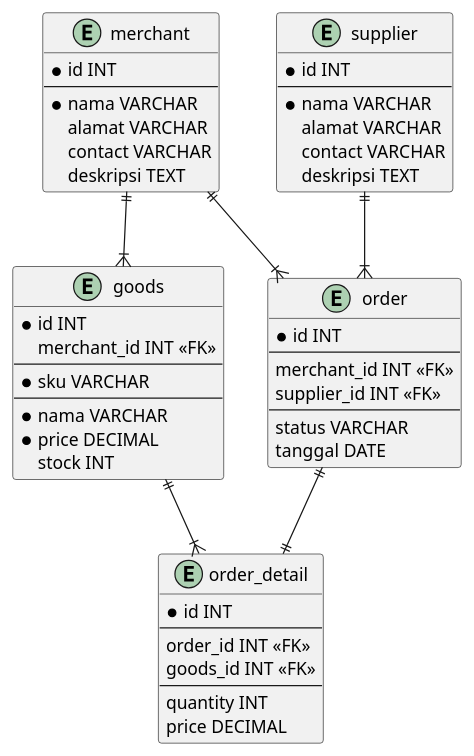
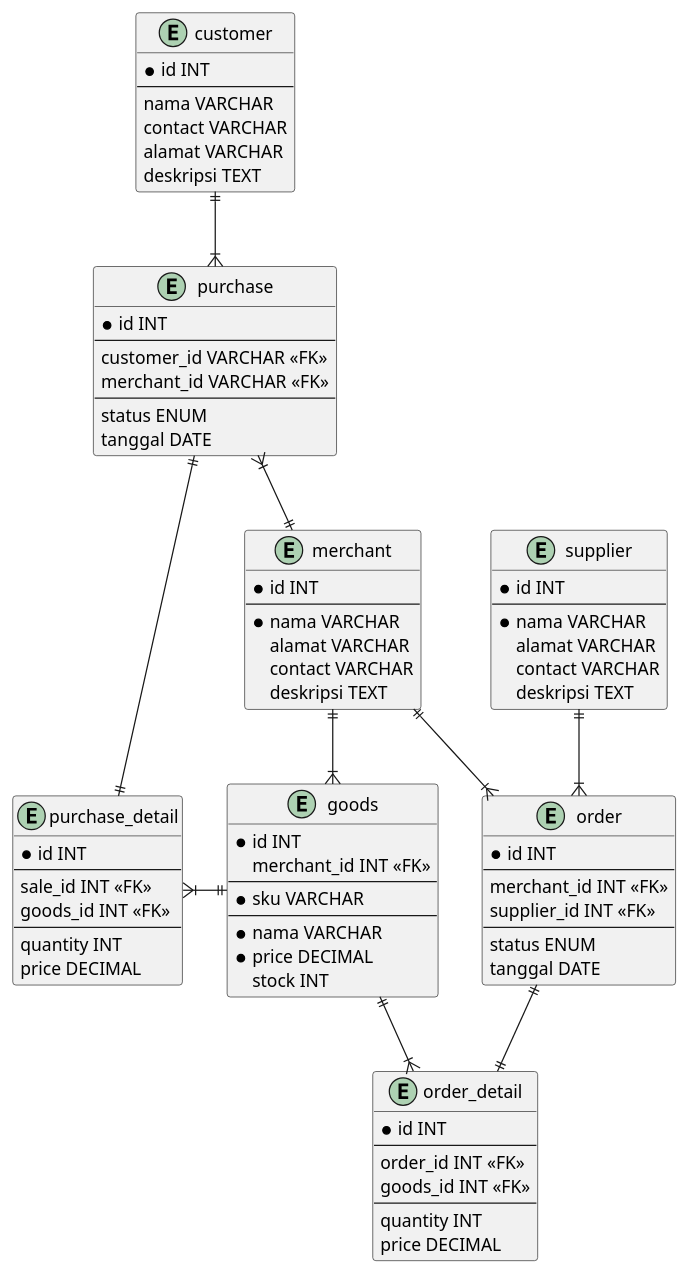
One commit to kaattuu/abucom_erd changed the diagram in abucom_erd.puml. Above: the diagram before and after it, drawn with PlantUML. The commit also changed 3 other files, not shown here.

```diff
--- a/abucom_erd.puml
+++ b/abucom_erd.puml
@@ -1,60 +1,94 @@
 @startuml
 
 entity merchant {
     * id INT
     --
     * nama VARCHAR
     alamat VARCHAR
     contact VARCHAR
     deskripsi TEXT
 }
 
 entity supplier {
     * id INT
     --
     * nama VARCHAR
     alamat VARCHAR
     contact VARCHAR
     deskripsi TEXT
 }
 
 entity goods {
     * id INT
     merchant_id INT <<FK>>
     --
     * sku VARCHAR
     --
     * nama VARCHAR
     * price DECIMAL
     stock INT
 }
 
 merchant ||--|{ goods
 
 entity order {
     * id INT
     --
     merchant_id INT <<FK>>
     supplier_id INT <<FK>>
     --
-    status VARCHAR
+    status ENUM
     tanggal DATE
 }
 
 merchant ||--|{ order
 supplier ||--|{ order
 
 entity order_detail {
     * id INT
     --
     order_id INT <<FK>>
     goods_id INT <<FK>>
     --
     quantity INT
     price DECIMAL
 }
 
 order ||--|| order_detail
 goods ||--|{ order_detail
 
+entity customer {
+    * id INT
+    --
+    nama VARCHAR
+    contact VARCHAR
+    alamat VARCHAR
+    deskripsi TEXT
+}
+
+entity purchase {
+    * id INT
+    ---
+    customer_id VARCHAR <<FK>>
+    merchant_id VARCHAR <<FK>>
+    --
+    status ENUM
+    tanggal DATE
+}
+
+entity purchase_detail {
+    * id INT
+    ---
+    sale_id INT <<FK>>
+    goods_id INT <<FK>>
+    --
+    quantity INT
+    price DECIMAL
+}
+
+customer ||--|{ purchase
+purchase }|--|| merchant
+purchase ||--|| purchase_detail
+purchase_detail }|-|| goods
+
 @enduml
```
